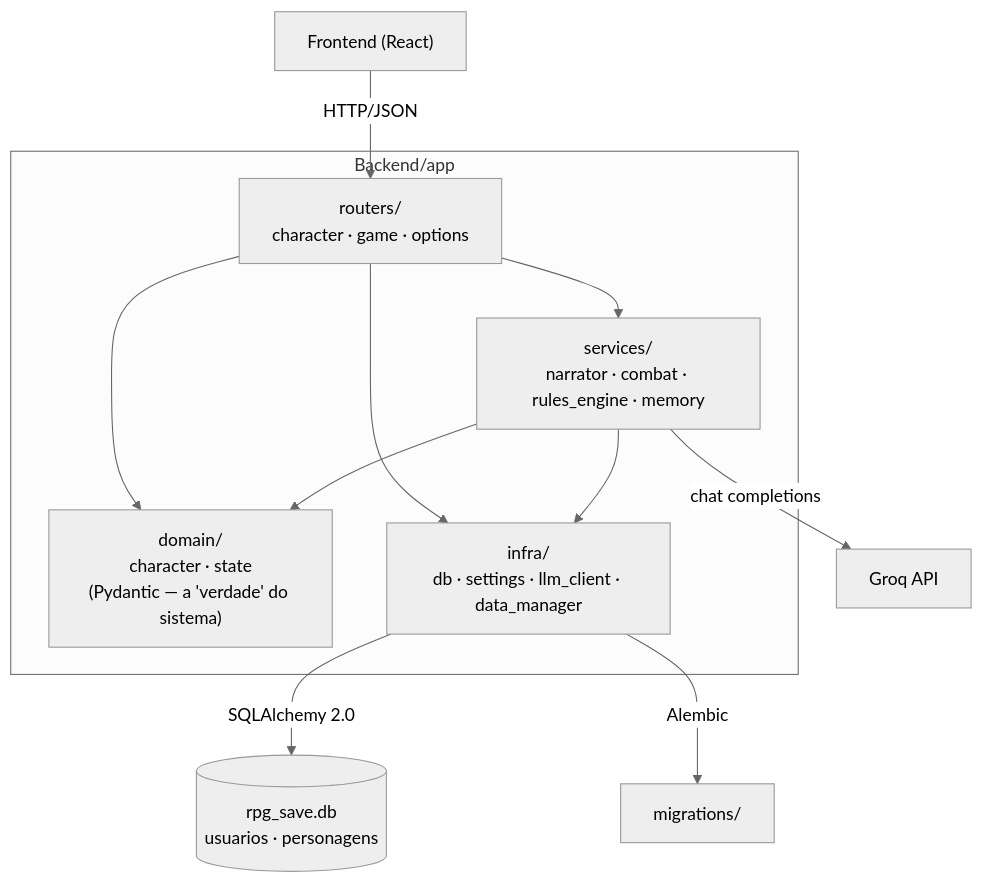
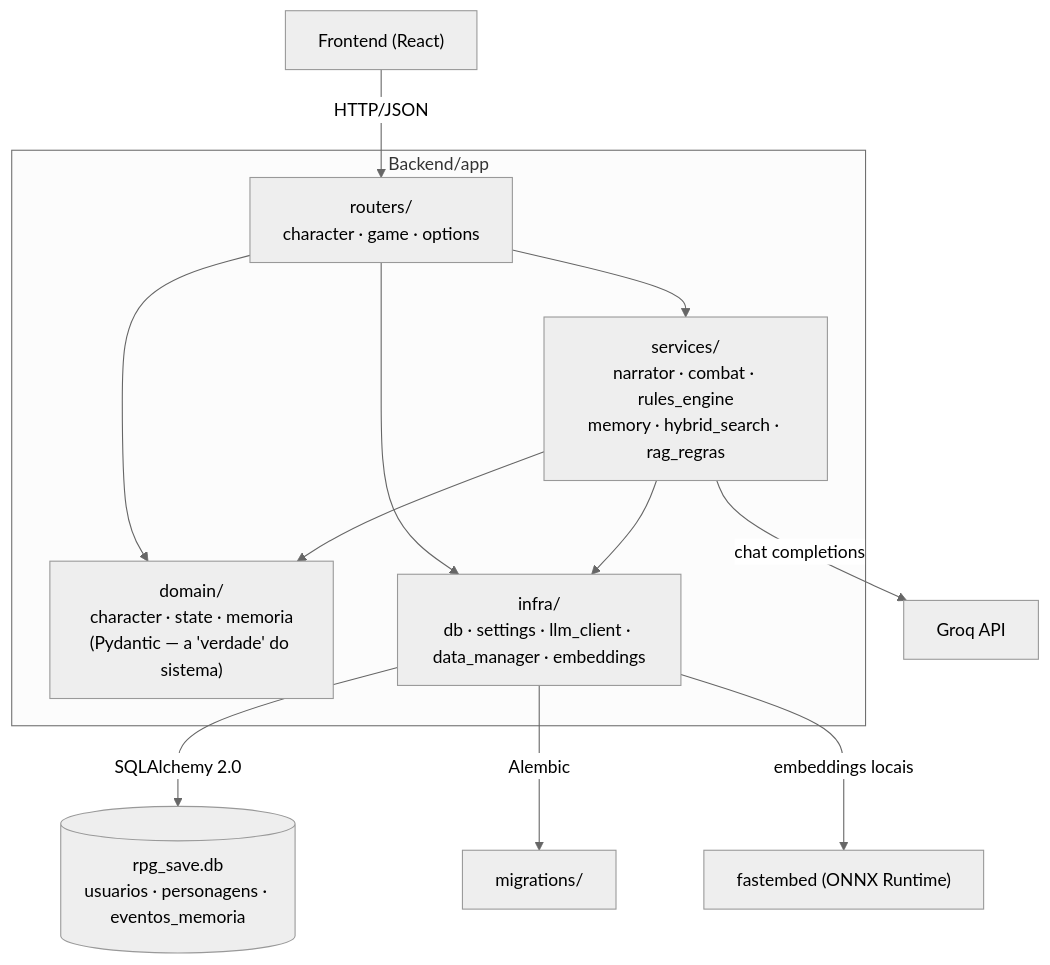
Before and after one commit to Bobeda12/Mestre.IA: the diagram in README.md, drawn with Mermaid (neutral theme). The commit also changed other lines of this file and 25 other files, not shown here.

````diff
--- a/README.md
+++ b/README.md
@@ -66,21 +66,22 @@
 ```mermaid
 flowchart TB
     FE["Frontend (React)"] -->|HTTP/JSON| RT
 
     subgraph app["Backend/app"]
         RT["routers/<br/>character · game · options"]
-        SV["services/<br/>narrator · combat · rules_engine · memory"]
-        DM["domain/<br/>character · state<br/>(Pydantic — a 'verdade' do sistema)"]
-        IF["infra/<br/>db · settings · llm_client · data_manager"]
+        SV["services/<br/>narrator · combat · rules_engine<br/>memory · hybrid_search · rag_regras"]
+        DM["domain/<br/>character · state · memoria<br/>(Pydantic — a 'verdade' do sistema)"]
+        IF["infra/<br/>db · settings · llm_client · data_manager · embeddings"]
 
         RT --> SV
         RT --> DM
         RT --> IF
         SV --> DM
         SV --> IF
     end
 
-    IF -->|SQLAlchemy 2.0| DB[("rpg_save.db<br/>usuarios · personagens")]
+    IF -->|SQLAlchemy 2.0| DB[("rpg_save.db<br/>usuarios · personagens · eventos_memoria")]
     IF -->|Alembic| MIG["migrations/"]
     SV -->|chat completions| GROQ["Groq API"]
+    IF -->|embeddings locais| ONNX["fastembed (ONNX Runtime)"]
 ```
````
